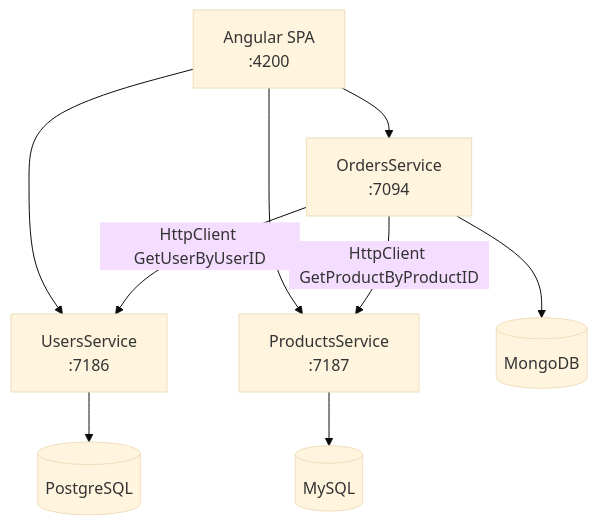
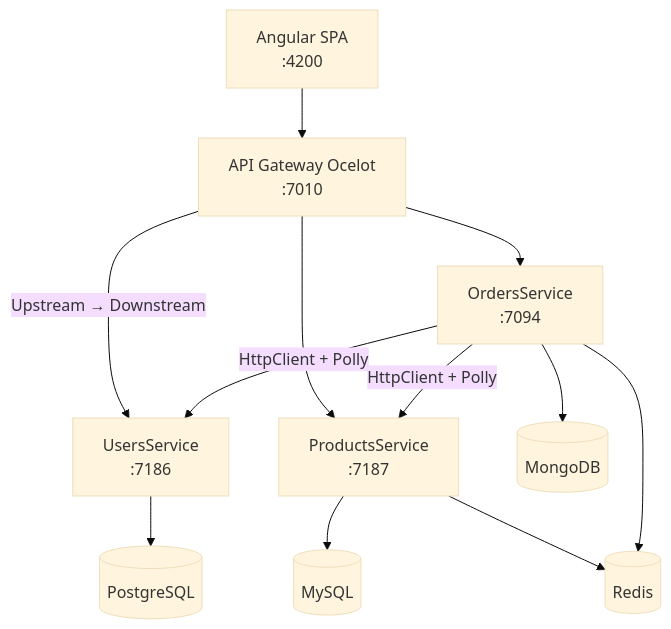
Before and after one commit to gui-silva-github/eCommerceMicroservice: the diagram in README.md, drawn with Mermaid (base theme). The commit also changed other lines of this file, not shown here.

First line of the commit message:
Enhance README with API Gateway and Redis details

````diff
--- a/README.md
+++ b/README.md
@@ -227,23 +281,28 @@
 ```mermaid
 flowchart TB
     Angular["Angular SPA<br/>:4200"]
+    Gateway["API Gateway Ocelot<br/>:7010"]
 
     Users["UsersService<br/>:7186"]
     Products["ProductsService<br/>:7187"]
     Orders["OrdersService<br/>:7094"]
 
     PG[("PostgreSQL")]
     MySQL[("MySQL")]
     Mongo[("MongoDB")]
+    Redis[("Redis")]
 
-    Angular --> Users
-    Angular --> Products
-    Angular --> Orders
+    Angular --> Gateway
+    Gateway -->|"Upstream → Downstream"| Users
+    Gateway --> Products
+    Gateway --> Orders
 
     Users --> PG
     Products --> MySQL
+    Products --> Redis
     Orders --> Mongo
+    Orders --> Redis
 
-    Orders -->|"HttpClient GetUserByUserID"| Users
-    Orders -->|"HttpClient GetProductByProductID"| Products
+    Orders -->|"HttpClient + Polly"| Users
+    Orders -->|"HttpClient + Polly"| Products
 ```
````
